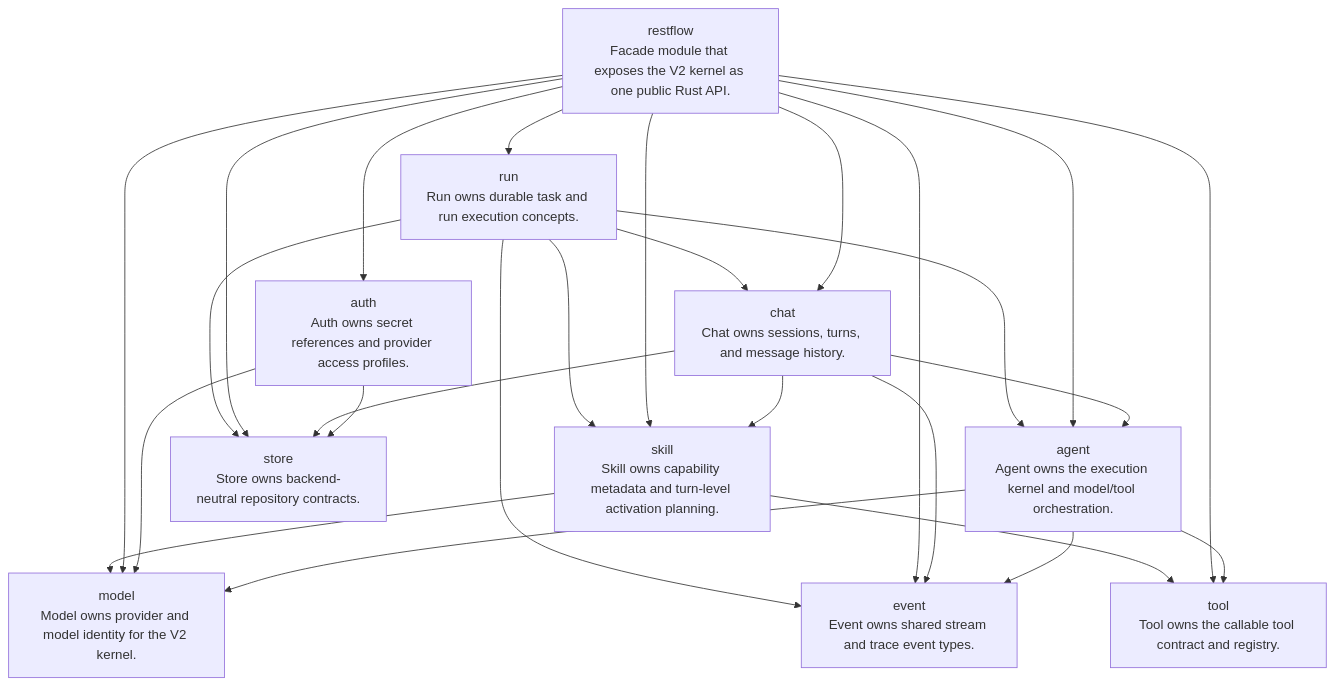
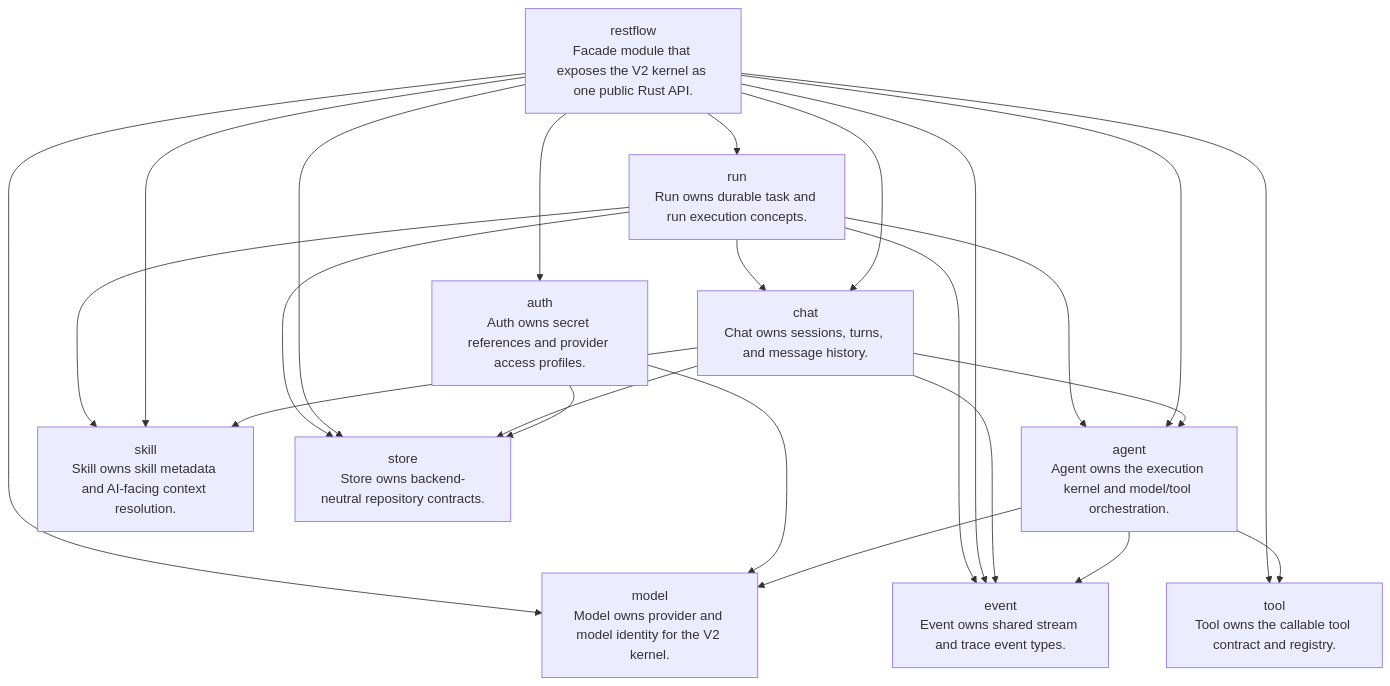
One commit to lhwzds/restflow changed the diagram in v2/docs/CODOCIA.md. Above: the diagram before and after it, drawn with Mermaid. The commit also changed other lines of this file and 8 other files, not shown here.

Commit message:
feat(v2): simplify skill context model

````diff
--- a/v2/docs/CODOCIA.md
+++ b/v2/docs/CODOCIA.md
@@ -7,38 +7,36 @@
 ```mermaid
 flowchart TD
   m_agent["agent<br/>Agent owns the execution kernel and model/tool orchestration."]
   m_auth["auth<br/>Auth owns secret references and provider access profiles."]
   m_chat["chat<br/>Chat owns sessions, turns, and message history."]
   m_event["event<br/>Event owns shared stream and trace event types."]
   m_model["model<br/>Model owns provider and model identity for the V2 kernel."]
   m_restflow["restflow<br/>Facade module that exposes the V2 kernel as one public Rust API."]
   m_run["run<br/>Run owns durable task and run execution concepts."]
-  m_skill["skill<br/>Skill owns capability metadata and turn-level activation planning."]
+  m_skill["skill<br/>Skill owns skill metadata and AI-facing context resolution."]
   m_store["store<br/>Store owns backend-neutral repository contracts."]
   m_tool["tool<br/>Tool owns the callable tool contract and registry."]
   m_agent --> m_event
   m_agent --> m_model
   m_agent --> m_tool
   m_auth --> m_model
   m_auth --> m_store
   m_chat --> m_agent
   m_chat --> m_event
   m_chat --> m_skill
   m_chat --> m_store
   m_restflow --> m_agent
   m_restflow --> m_auth
   m_restflow --> m_chat
   m_restflow --> m_event
   m_restflow --> m_model
   m_restflow --> m_run
   m_restflow --> m_skill
   m_restflow --> m_store
   m_restflow --> m_tool
   m_run --> m_agent
   m_run --> m_chat
   m_run --> m_event
   m_run --> m_skill
   m_run --> m_store
-  m_skill --> m_model
-  m_skill --> m_tool
 ```
````
